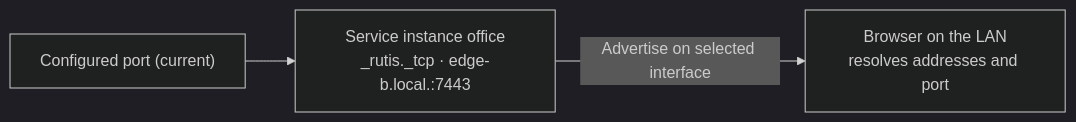
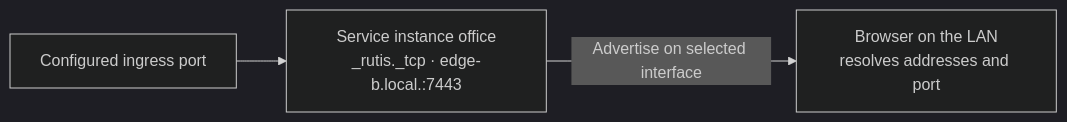
The second of 2 diagrams in discovery/mdns/README.md (arcships/rutis-network), drawn with Mermaid (dark theme) before and after one commit. The commit also changed other lines of this file and 28 other files, not shown here.

````diff
--- a/discovery/mdns/README.md
+++ b/discovery/mdns/README.md
@@ -11,5 +52,5 @@
 ```mermaid
 flowchart LR
-    config["Configured port (current)"] --> ad["Service instance office<br/>_rutis._tcp · edge-b.local.:7443"]
+    config["Configured ingress port"] --> ad["Service instance office<br/>_rutis._tcp · edge-b.local.:7443"]
     ad -->|"Advertise on selected interface"| peer["Browser on the LAN<br/>resolves addresses and port"]
 ```
````
